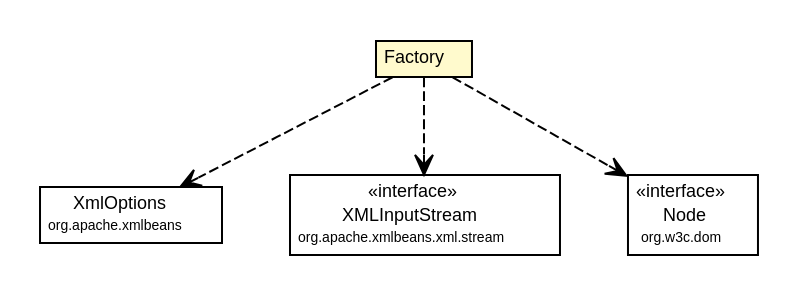
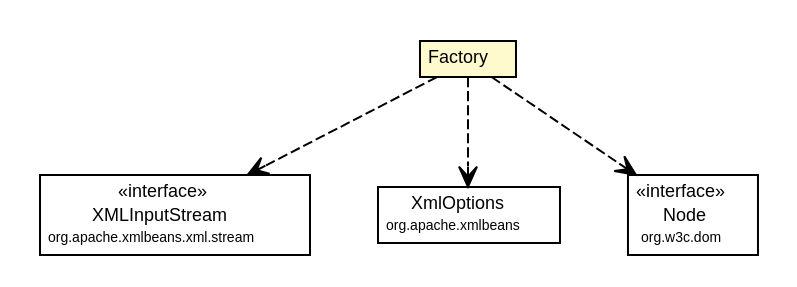
The diagram in site/apidocs/org/synchronoss/cpo/util/cpoUtilConfig/CtCpoUtilConfig.Factory.dot (synchronoss/cpo-util), drawn with Graphviz before and after one commit. The commit also changed 307 other files, not shown here.

Commit message:
Creating site for cpoUtil, 5.1.1-SNAPSHOT

```diff
--- a/site/apidocs/org/synchronoss/cpo/util/cpoUtilConfig/CtCpoUtilConfig.Factory.dot
+++ b/site/apidocs/org/synchronoss/cpo/util/cpoUtilConfig/CtCpoUtilConfig.Factory.dot
@@ -1,45 +1,45 @@
 #!/usr/local/bin/dot
 #
 # Class diagram 
 # Generated by UmlGraph version 4.6 (http://www.spinellis.gr/sw/umlgraph)
 #
 
 digraph G {
 	edge [fontname="Helvetica",fontsize=10,labelfontname="Helvetica",labelfontsize=10];
 	node [fontname="Helvetica",fontsize=10,shape=plaintext];
 	// org.synchronoss.cpo.util.cpoUtilConfig.CtCpoUtilConfig.Factory
 	c5143 [label=<<table border="0" cellborder="1" cellspacing="0" cellpadding="2" port="p" bgcolor="lemonChiffon" href="./CtCpoUtilConfig.Factory.html">
 		<tr><td><table border="0" cellspacing="0" cellpadding="1">
 			<tr><td> Factory </td></tr>
 		</table></td></tr>
 		</table>>, fontname="Helvetica", fontcolor="black", fontsize=9.0];
+	// org.synchronoss.cpo.util.cpoUtilConfig.CtCpoUtilConfig.Factory DEPEND org.apache.xmlbeans.xml.stream.XMLInputStream
+	c5143:p -> c5154:p [taillabel="", label="", headlabel="", fontname="Helvetica", fontcolor="black", fontsize=10.0, color="black", arrowhead=open, style=dashed];
 	// org.synchronoss.cpo.util.cpoUtilConfig.CtCpoUtilConfig.Factory DEPEND org.apache.xmlbeans.XmlOptions
-	c5143:p -> c5154:p [taillabel="", label="", headlabel="", fontname="Helvetica", fontcolor="black", fontsize=10.0, color="black", arrowhead=open, style=dashed];
-	// org.synchronoss.cpo.util.cpoUtilConfig.CtCpoUtilConfig.Factory DEPEND org.apache.xmlbeans.xml.stream.XMLInputStream
 	c5143:p -> c5155:p [taillabel="", label="", headlabel="", fontname="Helvetica", fontcolor="black", fontsize=10.0, color="black", arrowhead=open, style=dashed];
 	// org.synchronoss.cpo.util.cpoUtilConfig.CtCpoUtilConfig.Factory DEPEND org.w3c.dom.Node
 	c5143:p -> c5156:p [taillabel="", label="", headlabel="", fontname="Helvetica", fontcolor="black", fontsize=10.0, color="black", arrowhead=open, style=dashed];
 	// org.apache.xmlbeans.xml.stream.XMLInputStream
-	c5155 [label=<<table border="0" cellborder="1" cellspacing="0" cellpadding="2" port="p" href="http://java.sun.com/j2se/1.4.2/docs/api/org/apache/xmlbeans/xml/stream/XMLInputStream.html">
+	c5154 [label=<<table border="0" cellborder="1" cellspacing="0" cellpadding="2" port="p" href="http://java.sun.com/j2se/1.4.2/docs/api/org/apache/xmlbeans/xml/stream/XMLInputStream.html">
 		<tr><td><table border="0" cellspacing="0" cellpadding="1">
 			<tr><td> &laquo;interface&raquo; </td></tr>
 			<tr><td> XMLInputStream </td></tr>
 			<tr><td><font point-size="7.0"> org.apache.xmlbeans.xml.stream </font></td></tr>
 		</table></td></tr>
 		</table>>, fontname="Helvetica", fontcolor="black", fontsize=9.0];
 	// org.w3c.dom.Node
 	c5156 [label=<<table border="0" cellborder="1" cellspacing="0" cellpadding="2" port="p" href="http://java.sun.com/j2se/1.4.2/docs/api/org/w3c/dom/Node.html">
 		<tr><td><table border="0" cellspacing="0" cellpadding="1">
 			<tr><td> &laquo;interface&raquo; </td></tr>
 			<tr><td> Node </td></tr>
 			<tr><td><font point-size="7.0"> org.w3c.dom </font></td></tr>
 		</table></td></tr>
 		</table>>, fontname="Helvetica", fontcolor="black", fontsize=9.0];
 	// org.apache.xmlbeans.XmlOptions
-	c5154 [label=<<table border="0" cellborder="1" cellspacing="0" cellpadding="2" port="p" href="http://java.sun.com/j2se/1.4.2/docs/api/org/apache/xmlbeans/XmlOptions.html">
+	c5155 [label=<<table border="0" cellborder="1" cellspacing="0" cellpadding="2" port="p" href="http://java.sun.com/j2se/1.4.2/docs/api/org/apache/xmlbeans/XmlOptions.html">
 		<tr><td><table border="0" cellspacing="0" cellpadding="1">
 			<tr><td> XmlOptions </td></tr>
 			<tr><td><font point-size="7.0"> org.apache.xmlbeans </font></td></tr>
 		</table></td></tr>
 		</table>>, fontname="Helvetica", fontcolor="black", fontsize=9.0];
 }
```
